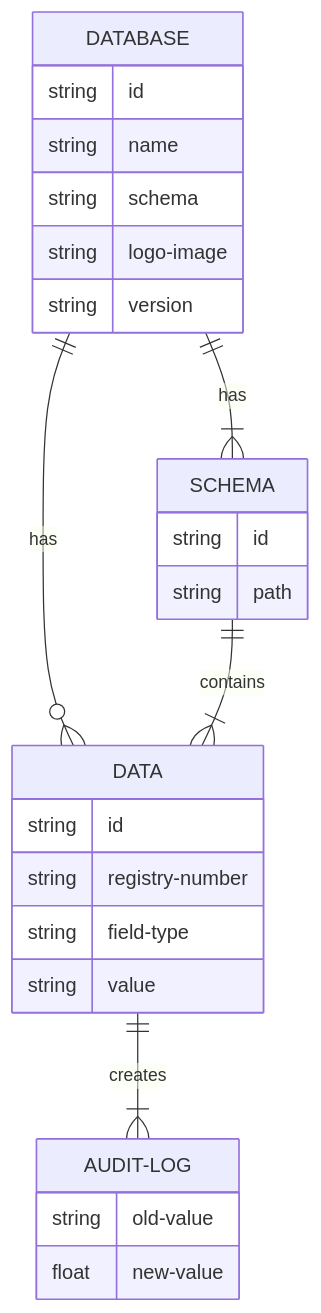
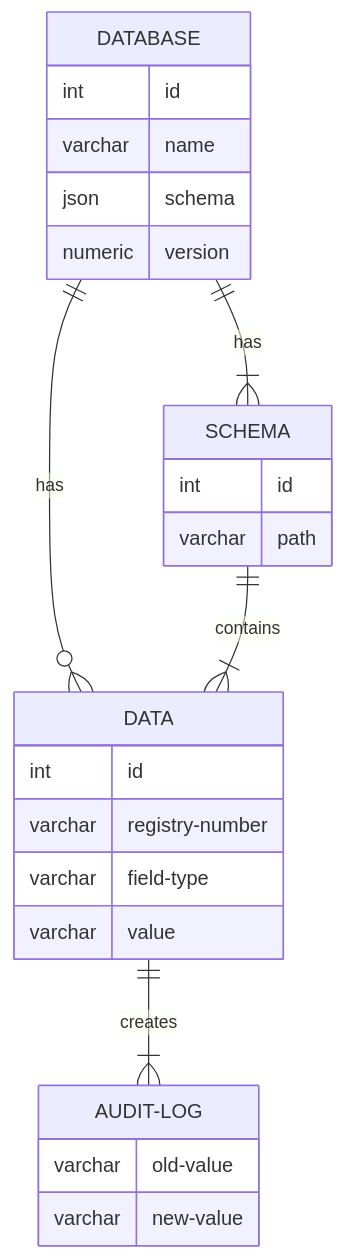
Before and after one commit to GovStackWorkingGroup/bb-digital-registries: the diagram in spec/7-data-structures.md, drawn with Mermaid. The commit also changed other lines of this file, not shown here.

Commit message:
GITBOOK-26: DR-68 illustration cleanup

````diff
--- a/spec/7-data-structures.md
+++ b/spec/7-data-structures.md
@@ -17,25 +15,24 @@
 ```mermaid
 erDiagram
     DATABASE||--o{ DATA: has
     DATABASE {
-        string id
-        string name
-        string schema
-        string logo-image
-        string version   }
+        int id
+        varchar name
+        json schema
+        numeric version   }
     DATA ||--|{ AUDIT-LOG: creates
     DATA {
-        string id
-        string registry-number
-        string field-type
-        string value
+        int id
+        varchar registry-number
+        varchar field-type
+        varchar value
     }
     AUDIT-LOG {
-        string old-value
-        float new-value    }
+        varchar old-value
+        varchar new-value    }
     DATABASE ||--|{ SCHEMA: has
     SCHEMA {
-        string id
-        string path    }
+        int id
+        varchar path    }
     SCHEMA ||--|{ DATA: contains
 ```
````
